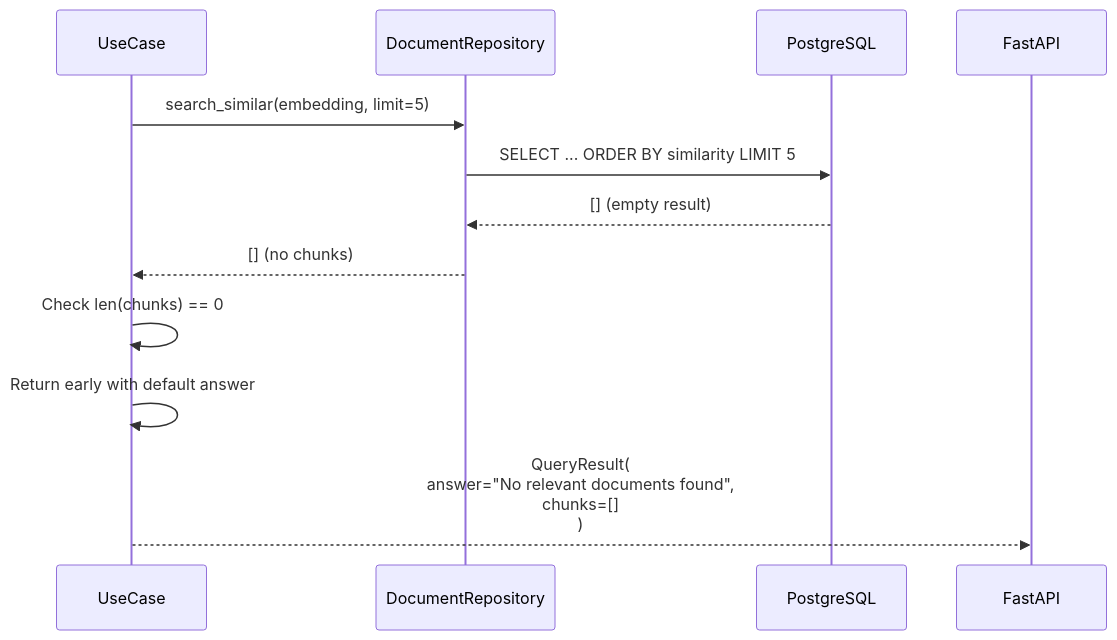
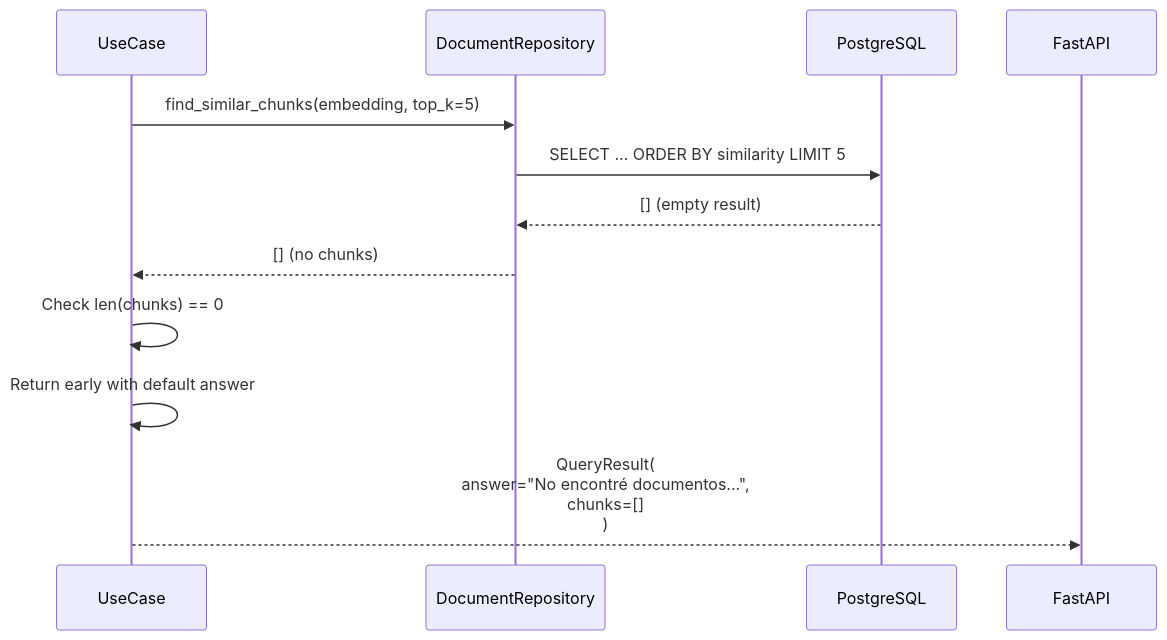
Before and after one commit to SaintWyss/rag-corp: the third of 3 diagrams in doc/diagrams/sequence-rag-flow.md, drawn with Mermaid. The commit also changed other lines of this file and 34 other files, not shown here.

````diff
--- a/doc/diagrams/sequence-rag-flow.md
+++ b/doc/diagrams/sequence-rag-flow.md
@@ -378,15 +377,15 @@
 ```mermaid
 sequenceDiagram
     participant UseCase
     participant Repo as DocumentRepository
     participant DB as PostgreSQL
 
-    UseCase->>Repo: search_similar(embedding, limit=5)
+    UseCase->>Repo: find_similar_chunks(embedding, top_k=5)
     Repo->>DB: SELECT ... ORDER BY similarity LIMIT 5
     DB-->>Repo: [] (empty result)
     Repo-->>UseCase: [] (no chunks)
     
     UseCase->>UseCase: Check len(chunks) == 0
     UseCase->>UseCase: Return early with default answer
-    UseCase-->>FastAPI: QueryResult(<br/>answer="No relevant documents found",<br/>chunks=[]<br/>)
+    UseCase-->>FastAPI: QueryResult(<br/>answer="No encontré documentos...",<br/>chunks=[]<br/>)
 ```
````
